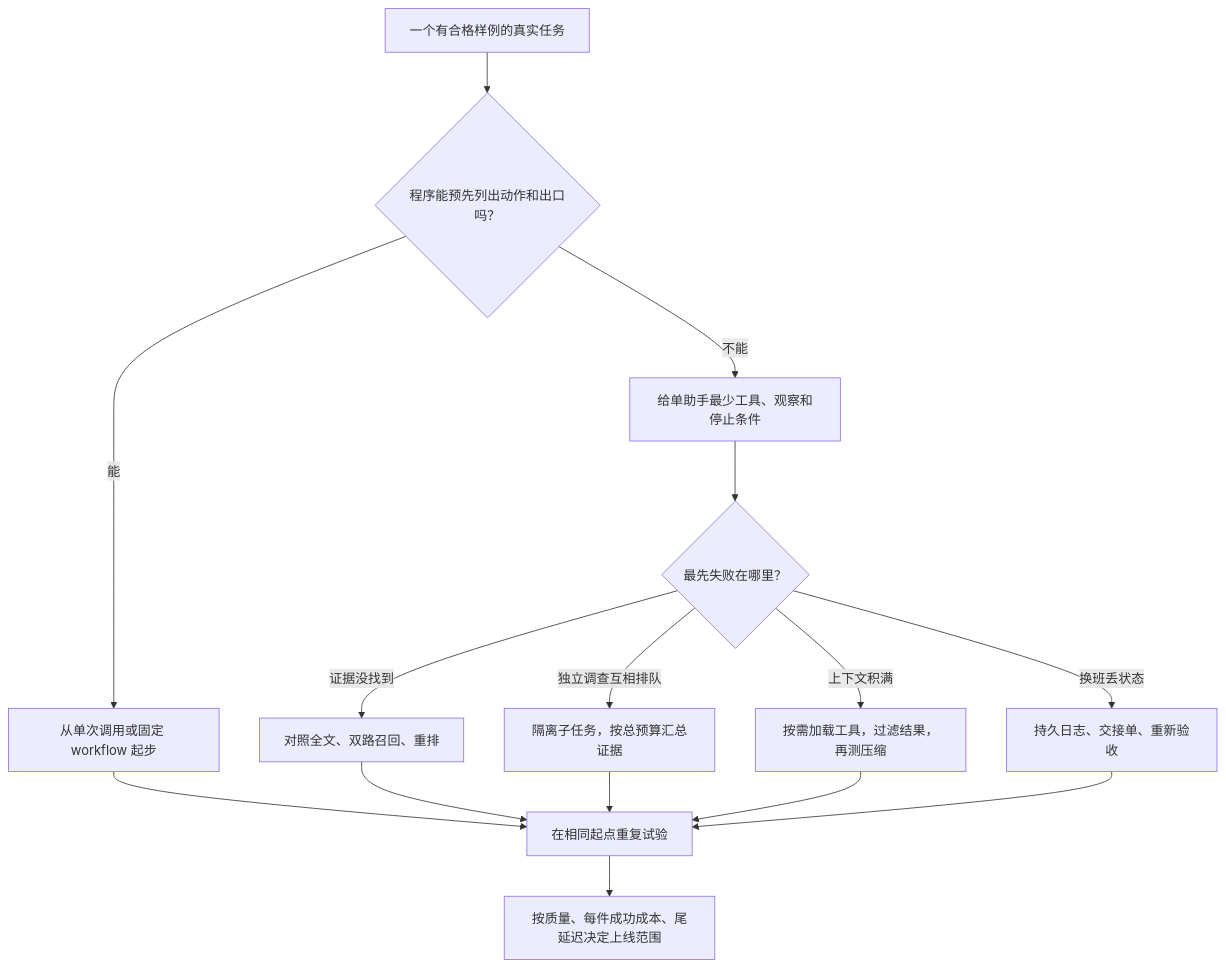
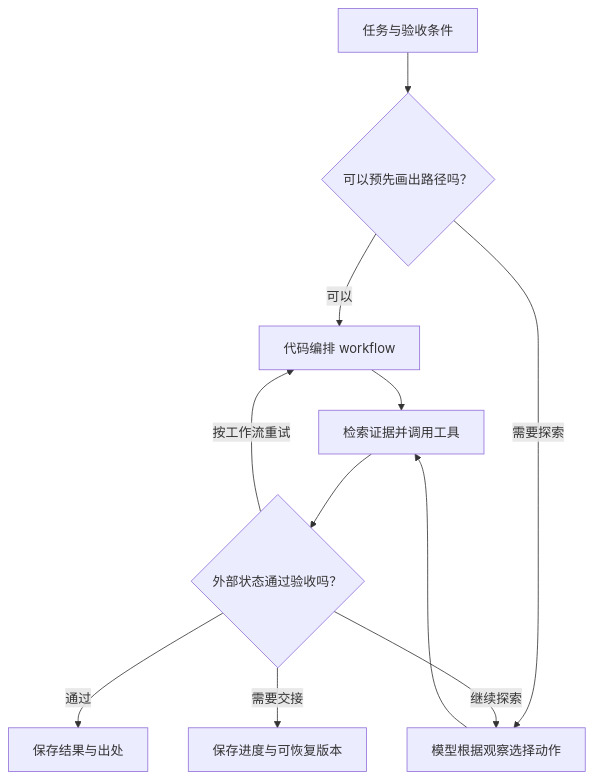
Before and after one commit to echonoshy/agent-engineering-handbook: the diagram in 01-anthropic-foundations/01-anthropic-agent-engineering-canon.md, drawn with Mermaid. The commit also changed other lines of this file and 21 other files, not shown here.

````diff
--- a/01-anthropic-foundations/01-anthropic-agent-engineering-canon.md
+++ b/01-anthropic-foundations/01-anthropic-agent-engineering-canon.md
@@ -222,17 +5,13 @@
 ```mermaid
 flowchart TD
-    A["一个有合格样例的真实任务"] --> B{"程序能预先列出动作和出口吗？"}
-    B -->|能| C["从单次调用或固定 workflow 起步"]
-    B -->|不能| D["给单助手最少工具、观察和停止条件"]
-    D --> E{"最先失败在哪里？"}
-    E -->|证据没找到| F["对照全文、双路召回、重排"]
-    E -->|独立调查互相排队| G["隔离子任务，按总预算汇总证据"]
-    E -->|上下文积满| H["按需加载工具，过滤结果，再测压缩"]
-    E -->|换班丢状态| I["持久日志、交接单、重新验收"]
-    C --> J["在相同起点重复试验"]
-    F --> J
-    G --> J
-    H --> J
-    I --> J
-    J --> K["按质量、每件成功成本、尾延迟决定上线范围"]
+    A["任务与验收条件"] --> B{"可以预先画出路径吗？"}
+    B -->|可以| C["代码编排 workflow"]
+    B -->|需要探索| D["模型根据观察选择动作"]
+    C --> E["检索证据并调用工具"]
+    D --> E
+    E --> F{"外部状态通过验收吗？"}
+    F -->|通过| G["保存结果与出处"]
+    F -->|按工作流重试| C
+    F -->|继续探索| D
+    F -->|需要交接| H["保存进度与可恢复版本"]
 ```
````
